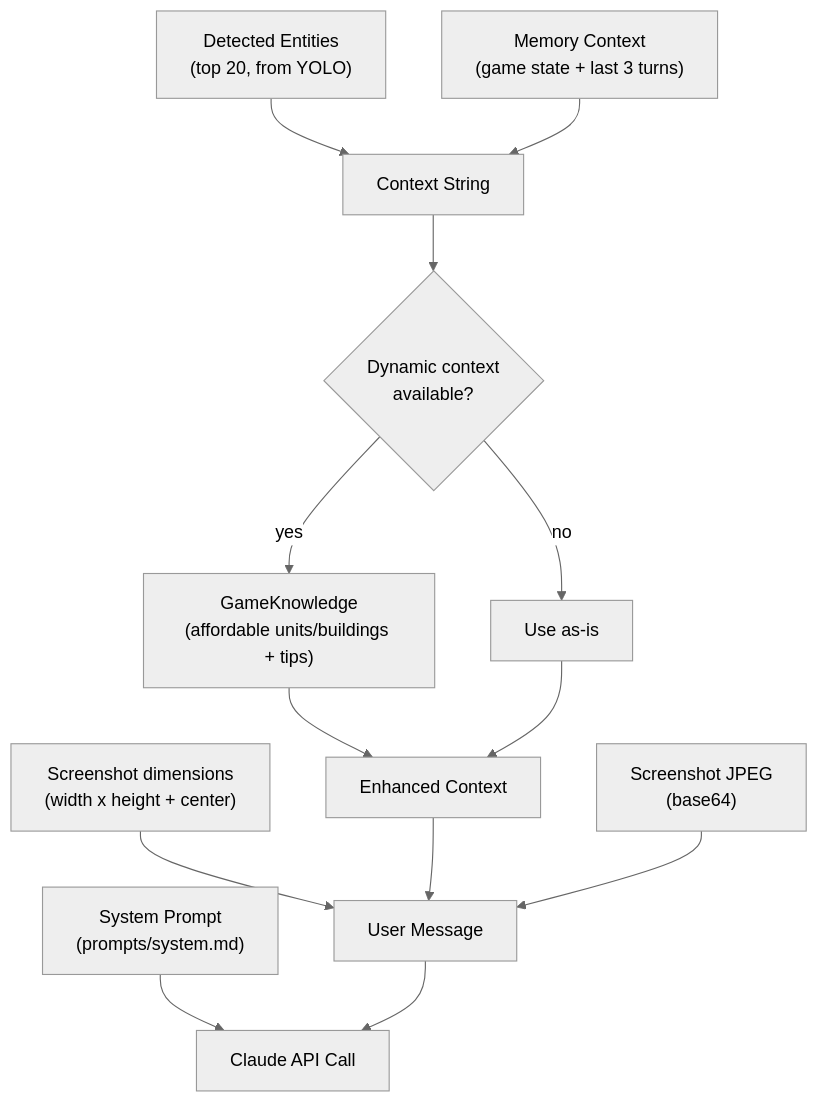
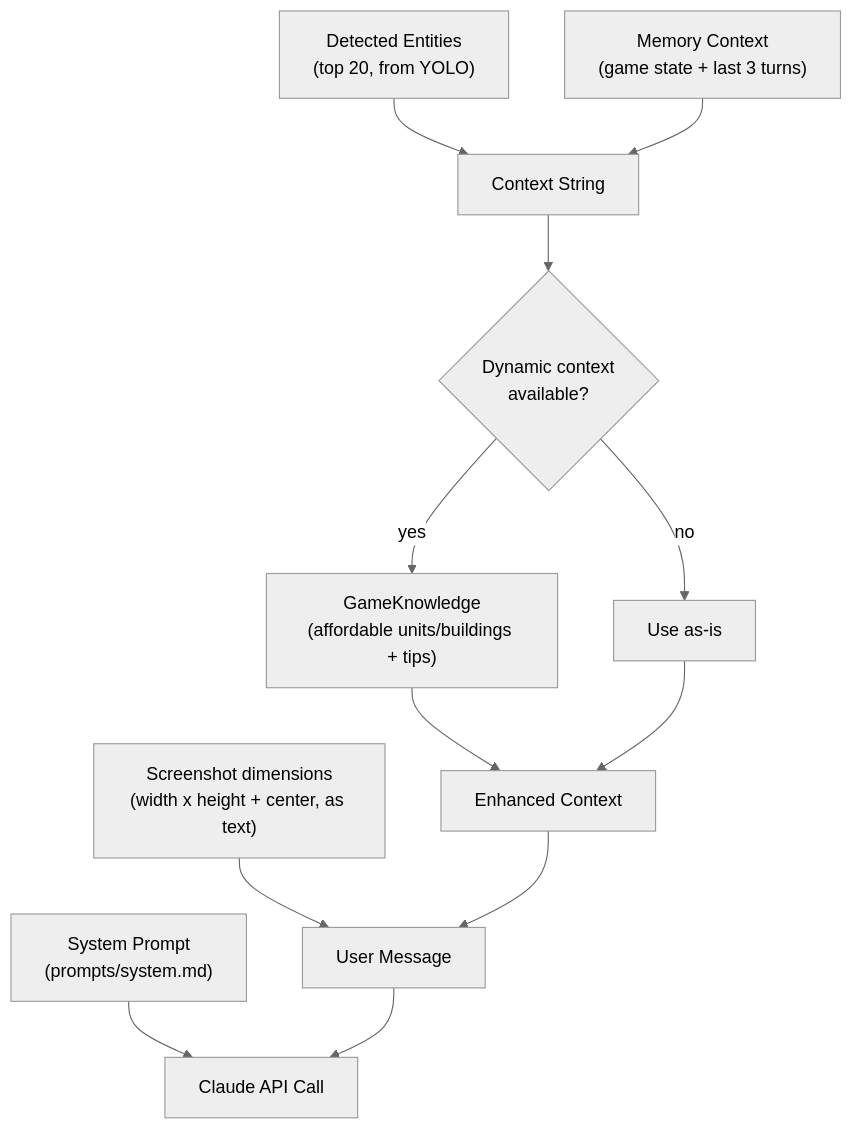
The diagram in docs/part2-llm-integration/06-context-injection.md (dobosmarton/aoe2-agent), drawn with Mermaid (neutral theme) before and after one commit. The commit also changed 15 other files, not shown here.

````diff
--- a/docs/part2-llm-integration/06-context-injection.md
+++ b/docs/part2-llm-integration/06-context-injection.md
@@ -13,15 +13,14 @@
 ```mermaid
 flowchart TD
     DET["Detected Entities<br/>(top 20, from YOLO)"] --> CTX["Context String"]
     MEM["Memory Context<br/>(game state + last 3 turns)"] --> CTX
     CTX --> ENHANCE{"Dynamic context<br/>available?"}
     ENHANCE -->|yes| DYN["GameKnowledge<br/>(affordable units/buildings + tips)"]
     ENHANCE -->|no| SKIP["Use as-is"]
     DYN --> FINAL["Enhanced Context"]
     SKIP --> FINAL
-    DIM["Screenshot dimensions<br/>(width x height + center)"] --> MSG["User Message"]
+    DIM["Screenshot dimensions<br/>(width x height + center, as text)"] --> MSG["User Message"]
     FINAL --> MSG
-    SS["Screenshot JPEG<br/>(base64)"] --> MSG
     SYS["System Prompt<br/>(prompts/system.md)"] --> API["Claude API Call"]
     MSG --> API
 ```
````
